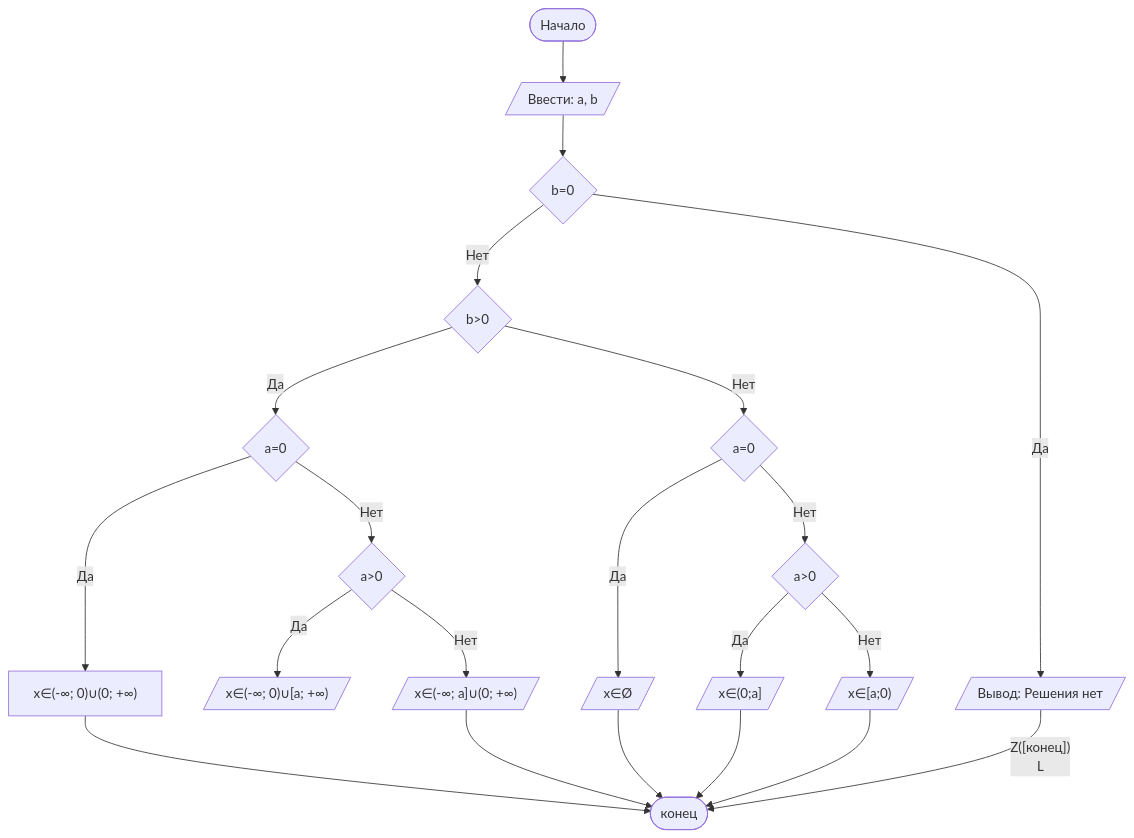
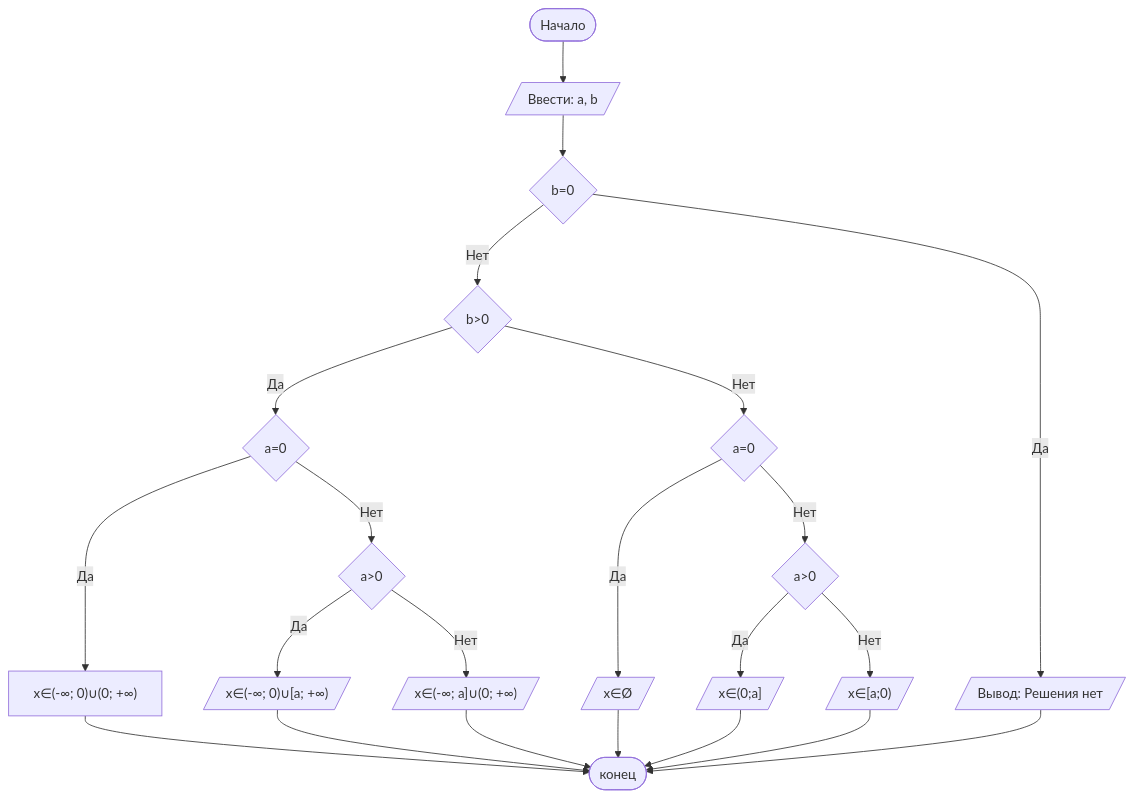
The diagram in README.md (Elizavetabutko/lab1), drawn with Mermaid before and after one commit.

Commit message:
README.md

````diff
--- a/README.md
+++ b/README.md
@@ -81,25 +81,25 @@
 ```mermaid
 graph TD
     A([Начало]) --> B[/Ввести: a, b/]
     B --> C{b=0}
     C -- Нет --> D{b>0}
     C -- Да --> E[/Вывод: Решения нет/]
     D -- Да --> F{a=0}
     D -- Нет --> G{a=0}
     F -- Да --> H["x∈(-∞; 0)∪(0; +∞)"]
     F -- Нет --> I{a>0}
     I -- Да --> L[/"x∈(-∞; 0)∪[a; +∞)"/]
     I -- Нет --> M[/"x∈(-∞; a]∪(0; +∞)"/]
     G -- Да --> J[/"x∈Ø"/]
     G -- Нет --> K{a>0}
     K -- Да --> N[/"x∈(0;a]"/]
     K -- Нет --> O[/"x∈[a;0)"/]
-    E -- Z([конец])
+    E --> Z([конец])
     L --> Z([конец])
     M --> Z([конец])
     N --> Z([конец])
     O --> Z([конец])
     H --> Z([конец])
     J --> Z([конец])
 
 ```
````
